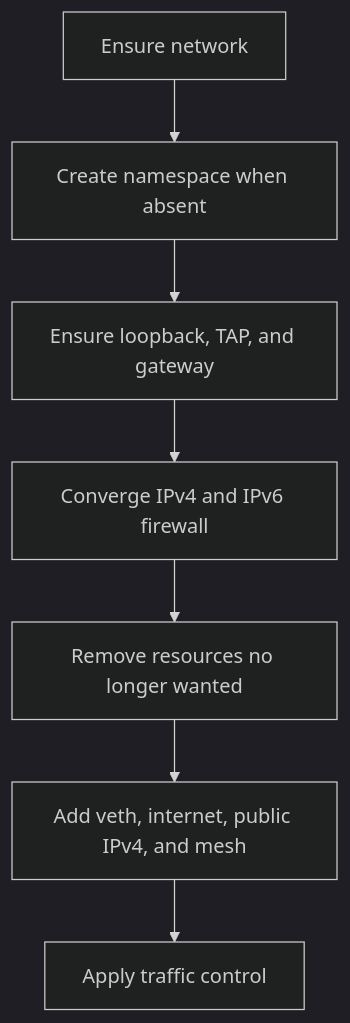
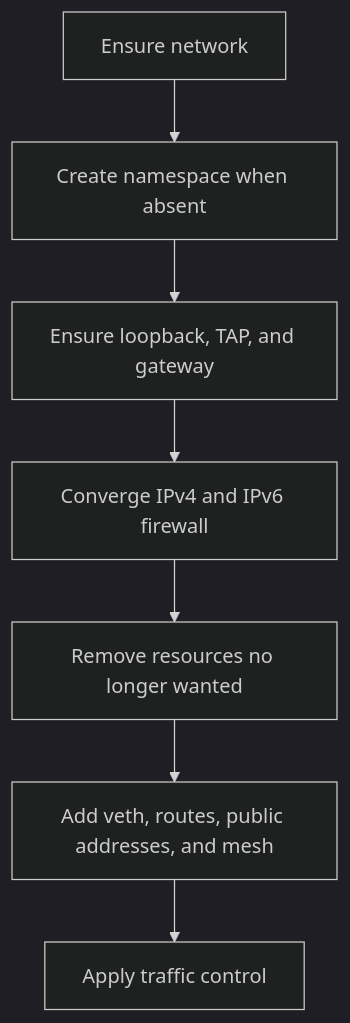
One commit to 20vikash/atlas changed the first of 2 diagrams in metal/internal/network/SPEC.md. Above: the diagram before and after it, drawn with Mermaid (dark theme). The commit also changed other lines of this file and 25 other files, not shown here.

````diff
--- a/metal/internal/network/SPEC.md
+++ b/metal/internal/network/SPEC.md
@@ -34,9 +34,9 @@
 ```mermaid
 flowchart TD
     Ensure[Ensure network] --> Namespace[Create namespace when absent]
     Namespace --> Base[Ensure loopback, TAP, and gateway]
     Base --> Firewall[Converge IPv4 and IPv6 firewall]
     Firewall --> Remove[Remove resources no longer wanted]
-    Remove --> Add[Add veth, internet, public IPv4, and mesh]
+    Remove --> Add[Add veth, routes, public addresses, and mesh]
     Add --> Traffic[Apply traffic control]
 ```
````
